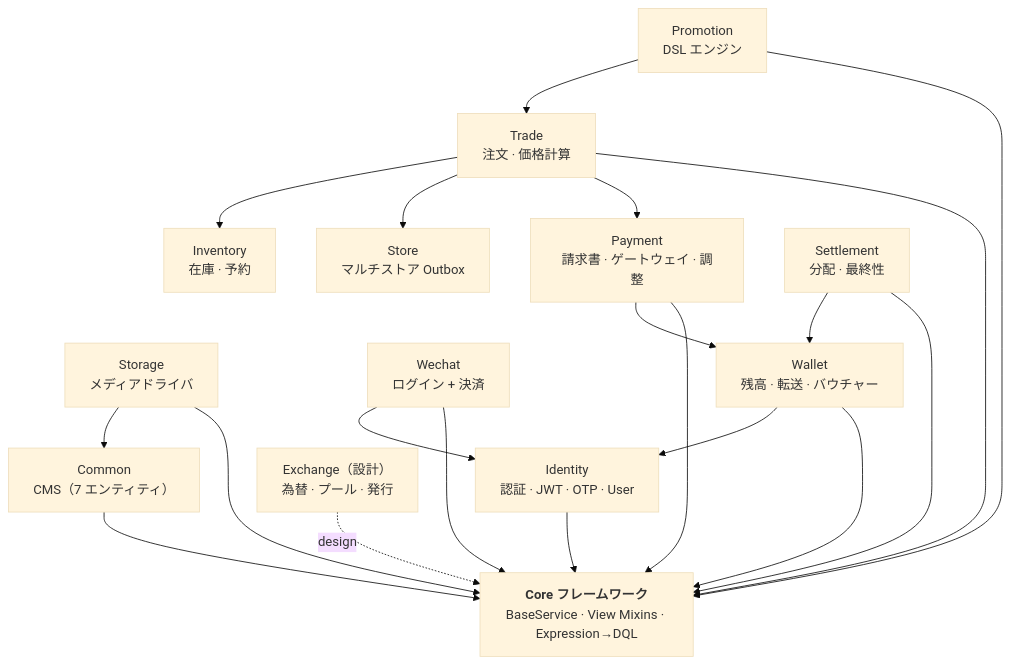
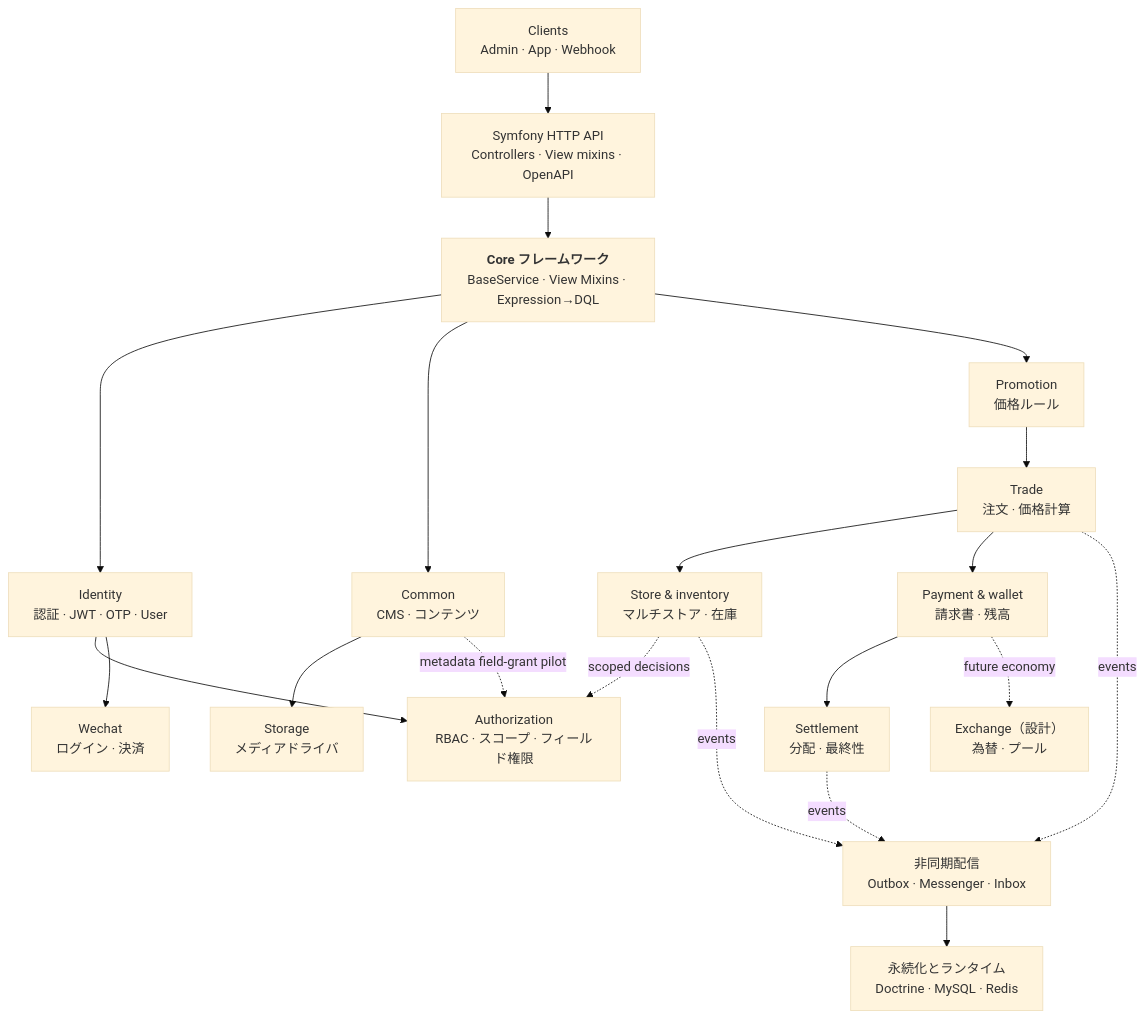
The first of 3 diagrams in README.ja.md (dream-studio-china/edc-online-membership), drawn with Mermaid (base theme) before and after one commit. The commit also changed other lines of this file and 169 other files, not shown here.

````diff
--- a/README.ja.md
+++ b/README.ja.md
@@ -13,37 +13,38 @@
 ```mermaid
 flowchart TB
+    Client["Clients<br/>Admin · App · Webhook"]
+    Api["Symfony HTTP API<br/>Controllers · View mixins · OpenAPI"]
     Core["<b>Core フレームワーク</b><br/>BaseService · View Mixins · Expression→DQL"]
 
     Identity["Identity<br/>認証 · JWT · OTP · User"]
-    Common["Common<br/>CMS（7 エンティティ）"]
+    Authorization["Authorization<br/>RBAC · スコープ · フィールド権限"]
+    Common["Common<br/>CMS · コンテンツ"]
     Storage["Storage<br/>メディアドライバ"]
-    Wechat["Wechat<br/>ログイン + 決済"]
-    Wallet["Wallet<br/>残高 · 転送 · バウチャー"]
-    Payment["Payment<br/>請求書 · ゲートウェイ · 調整"]
+    Promotion["Promotion<br/>価格ルール"]
     Trade["Trade<br/>注文 · 価格計算"]
-    Store["Store<br/>マルチストア Outbox"]
-    Inventory["Inventory<br/>在庫 · 予約"]
-    Promotion["Promotion<br/>DSL エンジン"]
+    Fulfilment["Store & inventory<br/>マルチストア · 在庫"]
+    Payments["Payment & wallet<br/>請求書 · 残高"]
+    Wechat["Wechat<br/>ログイン · 決済"]
     Settlement["Settlement<br/>分配 · 最終性"]
-    Exchange["Exchange（設計）<br/>為替 · プール · 発行"]
+    Exchange["Exchange（設計）<br/>為替 · プール"]
+    Messaging["非同期配信<br/>Outbox · Messenger · Inbox"]
+    Persistence["永続化とランタイム<br/>Doctrine · MySQL · Redis"]
 
-    Identity --> Core
-    Common --> Core
-    Storage --> Core
-    Storage --> Common
-    Wechat --> Core
-    Wechat --> Identity
-    Wallet --> Core
-    Wallet --> Identity
-    Payment --> Core
-    Payment --> Wallet
-    Trade --> Core
-    Trade --> Payment
-    Trade --> Store
-    Trade --> Inventory
-    Promotion --> Core
+    Client --> Api --> Core
+    Core --> Identity
+    Core --> Common
+    Core --> Promotion
+    Identity --> Authorization
+    Identity --> Wechat
+    Common --> Storage
+    Common -. "metadata field-grant pilot" .-> Authorization
     Promotion --> Trade
-    Settlement --> Core
-    Settlement --> Wallet
-    Exchange -. "design" .-> Core
+    Trade --> Fulfilment
+    Trade --> Payments --> Settlement
+    Fulfilment -. "scoped decisions" .-> Authorization
+    Payments -. "future economy" .-> Exchange
+    Trade -. events .-> Messaging
+    Fulfilment -. events .-> Messaging
+    Settlement -. events .-> Messaging
+    Messaging --> Persistence
 ```
````
